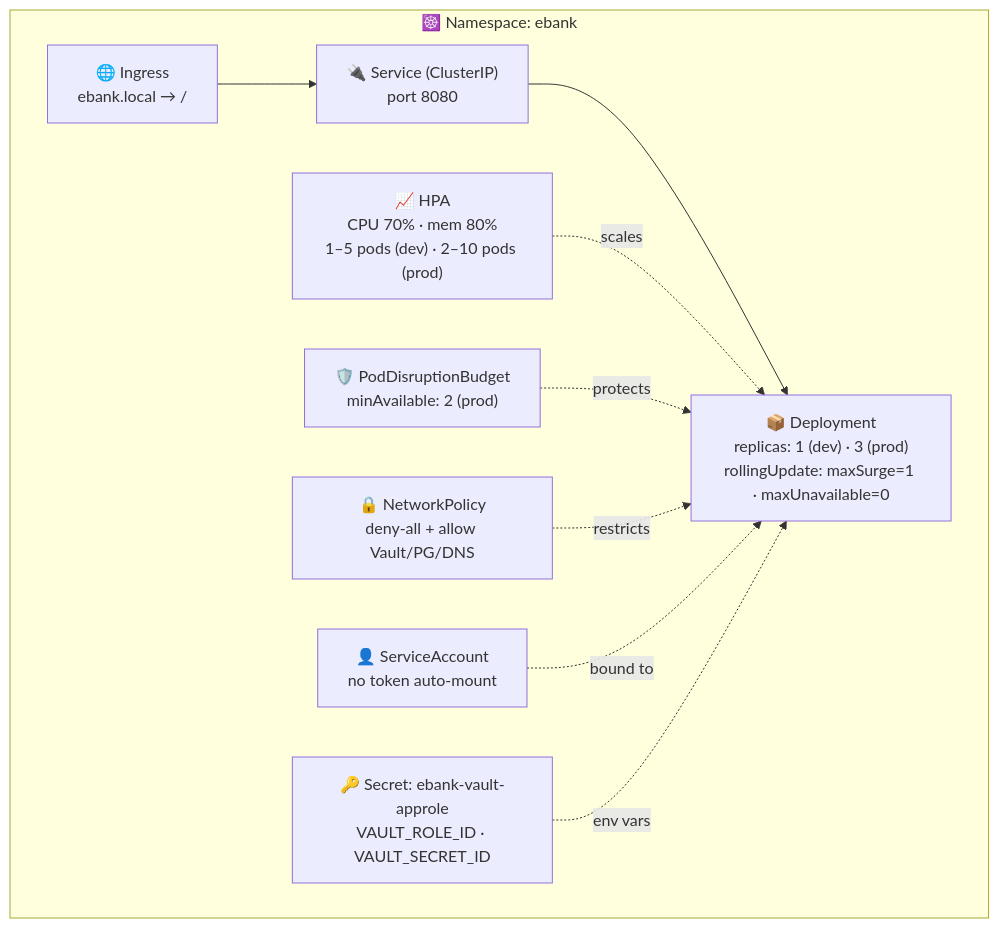
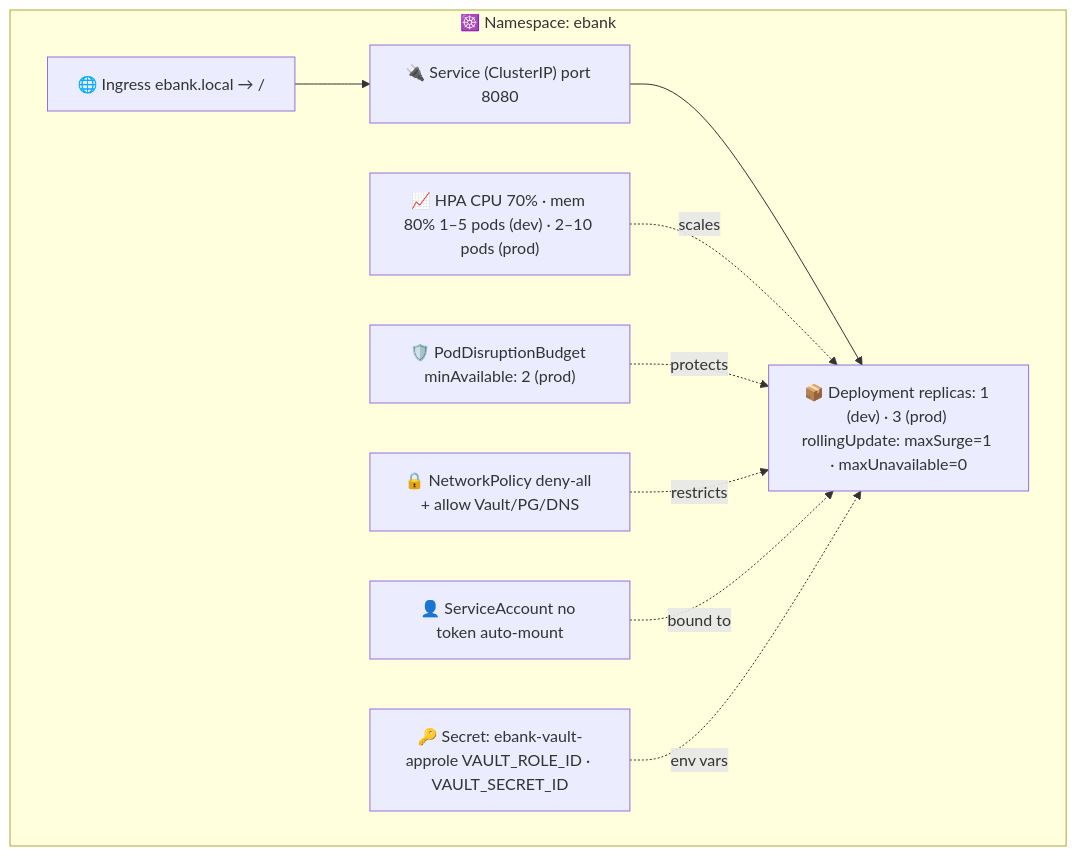
One commit to Samlogy/ebank-app changed diagram 28 of 34 in ebank-monolith/doc/KNOWLEDGE_BASE.md. Above: the diagram before and after it, drawn with Mermaid. The commit also changed other lines of this file and 3 other files, not shown here.

````diff
--- a/ebank-monolith/doc/KNOWLEDGE_BASE.md
+++ b/ebank-monolith/doc/KNOWLEDGE_BASE.md
@@ -879,20 +879,20 @@
 ```mermaid
 graph TD
     subgraph NS["☸️ Namespace: ebank"]
-        ING["🌐 Ingress\nebank.local → /"]
-        SVC["🔌 Service (ClusterIP)\nport 8080"]
-        DEP["📦 Deployment\nreplicas: 1 (dev) · 3 (prod)\nrollingUpdate: maxSurge=1 · maxUnavailable=0"]
-        HPA["📈 HPA\nCPU 70% · mem 80%\n1–5 pods (dev) · 2–10 pods (prod)"]
-        PDB["🛡️ PodDisruptionBudget\nminAvailable: 2 (prod)"]
-        NP["🔒 NetworkPolicy\ndeny-all + allow Vault/PG/DNS"]
-        SA["👤 ServiceAccount\nno token auto-mount"]
-        SEC["🔑 Secret: ebank-vault-approle\nVAULT_ROLE_ID · VAULT_SECRET_ID"]
+        ING["🌐 Ingress ebank.local → /"]
+        SVC["🔌 Service (ClusterIP) port 8080"]
+        DEP["📦 Deployment replicas: 1 (dev) · 3 (prod) rollingUpdate: maxSurge=1 · maxUnavailable=0"]
+        HPA["📈 HPA CPU 70% · mem 80% 1–5 pods (dev) · 2–10 pods (prod)"]
+        PDB["🛡️ PodDisruptionBudget minAvailable: 2 (prod)"]
+        NP["🔒 NetworkPolicy deny-all + allow Vault/PG/DNS"]
+        SA["👤 ServiceAccount no token auto-mount"]
+        SEC["🔑 Secret: ebank-vault-approle VAULT_ROLE_ID · VAULT_SECRET_ID"]
     end
 
     ING --> SVC --> DEP
     HPA -.->|"scales"| DEP
     PDB -.->|"protects"| DEP
     NP -.->|"restricts"| DEP
     SA -.->|"bound to"| DEP
     SEC -.->|"env vars"| DEP
 ```
````
